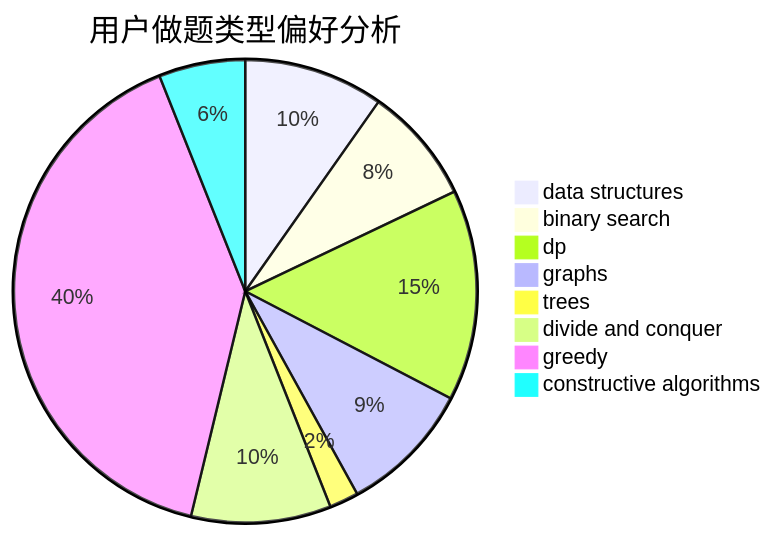
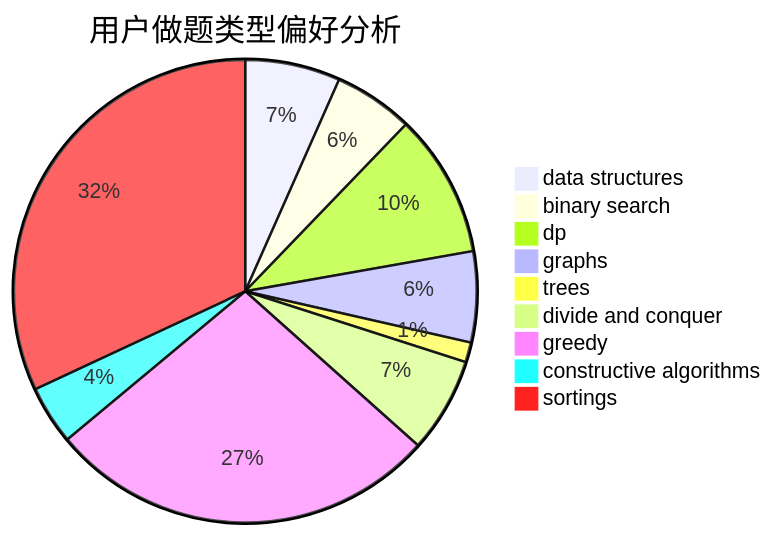
Before and after one commit to sherpahu/cfrs.github.io: the second of 3 diagrams in docs/user/u730.md, drawn with Mermaid. The commit also changed other lines of this file and 2769 other files, not shown here.

````diff
--- a/docs/user/u730.md
+++ b/docs/user/u730.md
@@ -23,11 +18,12 @@
 ```mermaid
 pie title 用户做题类型偏好分析
     "data structures" :  110
     "binary search" :  92
     "dp" :  166
     "graphs" :  105
     "trees" :  23
     "divide and conquer" :  110
     "greedy" :  453
     "constructive algorithms" :  68
+    "sortings" :  529
 ```
````
